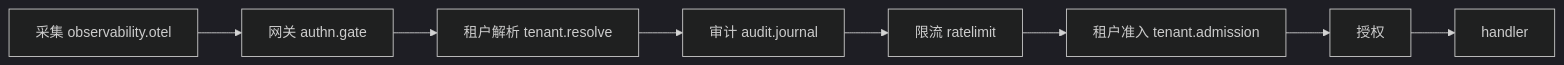
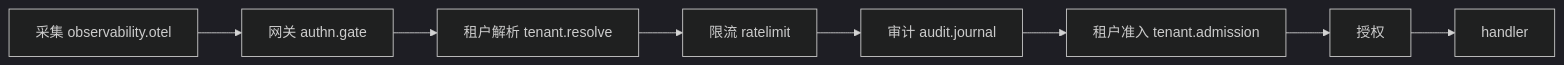
The third of 3 diagrams in docs/design/modules/design-authn.md (wangzw/speed), drawn with Mermaid (dark theme) before and after one commit. The commit also changed other lines of this file and 17 other files, not shown here.

First line of the commit message:
docs(authn,tenant,ratelimit,audit): describe a layer's position by stage

````diff
--- a/docs/design/modules/design-authn.md
+++ b/docs/design/modules/design-authn.md
@@ -568,10 +568,10 @@
 ```mermaid
 flowchart LR
     A[采集 observability.otel] --> B[网关 authn.gate]
     B --> C[租户解析 tenant.resolve]
-    C --> D[审计 audit.journal]
-    D --> E[限流 ratelimit]
+    C --> D[限流 ratelimit]
+    D --> E[审计 audit.journal]
     E --> F[租户准入 tenant.admission]
     F --> G[授权]
     G --> H[handler]
 ```
````
